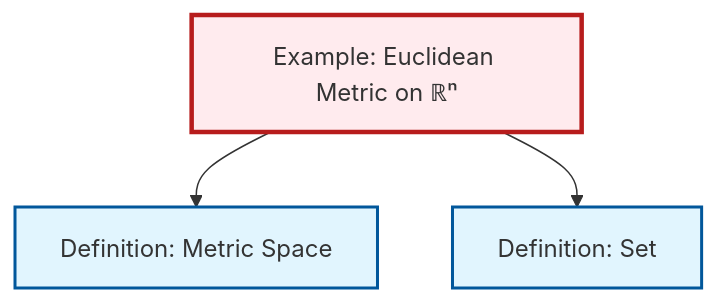
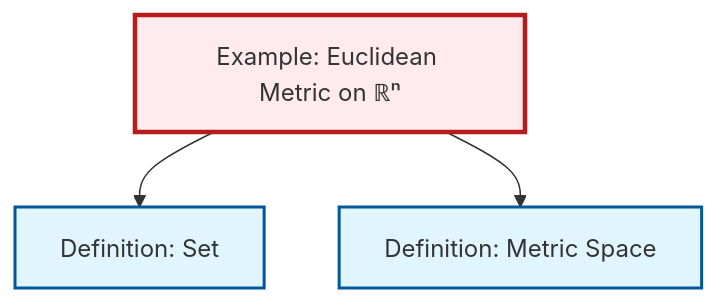
Before and after one commit to RK0429/ModernMath: the diagram in content/en/geometry/ex-euclidean-metric.qmd, drawn with Mermaid. The commit also changed other lines of this file and 581 other files, not shown here.

````diff
--- a/content/en/geometry/ex-euclidean-metric.qmd
+++ b/content/en/geometry/ex-euclidean-metric.qmd
@@ -51,17 +51,17 @@
 ```{mermaid}
 %%| fig-cap: "Local dependency graph"
 graph TD
     classDef definition fill:#e1f5fe,stroke:#01579b,stroke-width:2px
     classDef theorem fill:#f3e5f5,stroke:#4a148c,stroke-width:2px
     classDef axiom fill:#fff3e0,stroke:#e65100,stroke-width:2px
     classDef example fill:#e8f5e9,stroke:#1b5e20,stroke-width:2px
     classDef current fill:#ffebee,stroke:#b71c1c,stroke-width:3px
+    def-metric-space["Definition: Metric Space"]:::definition
     def-set["Definition: Set"]:::definition
-    def-metric-space["Definition: Metric Space"]:::definition
     ex-euclidean-metric["Example: Euclidean Metric on ℝⁿ"]:::example
+    ex-euclidean-metric --> def-set
     ex-euclidean-metric --> def-metric-space
-    ex-euclidean-metric --> def-set
     class ex-euclidean-metric current
+    click def-metric-space "def-metric-space.html" "Go to Metric Space definition"
     click def-set "def-set.html" "Go to Set definition"
-    click def-metric-space "def-metric-space.html" "Go to Metric Space definition"
 ```
````
